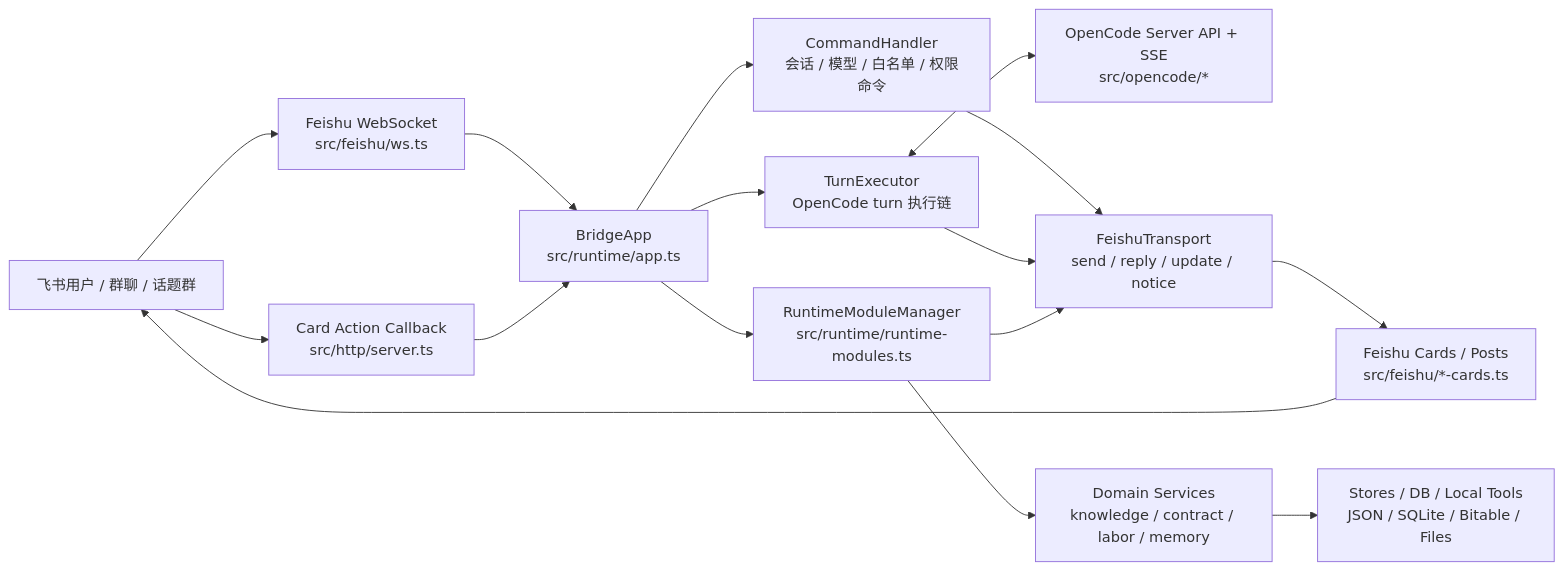
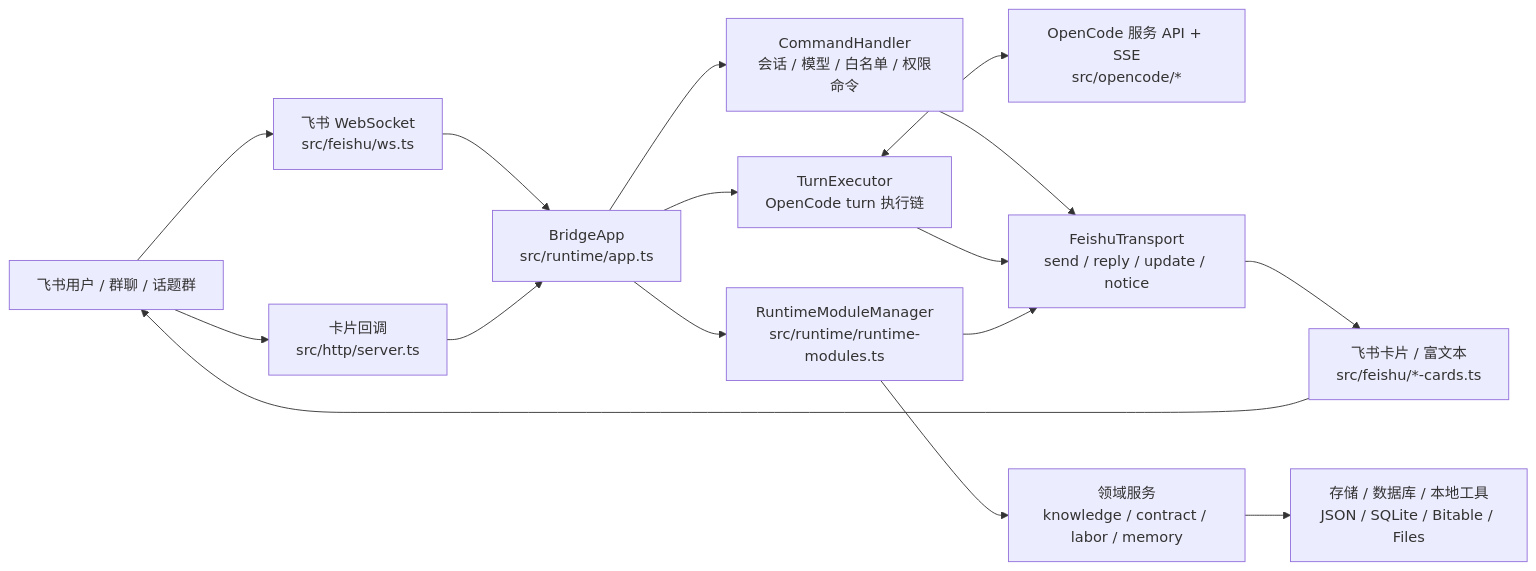
One commit to Clukay-Fun/feishu-opencode-bridge changed the first of 2 diagrams in README.md. Above: the diagram before and after it, drawn with Mermaid. The commit also changed other lines of this file and 3 other files, not shown here.

````diff
--- a/README.md
+++ b/README.md
@@ -57,22 +57,22 @@
 ```mermaid
 flowchart LR
-    user["飞书用户 / 群聊 / 话题群"] --> ws["Feishu WebSocket<br/>src/feishu/ws.ts"]
-    user --> callback["Card Action Callback<br/>src/http/server.ts"]
+    user["飞书用户 / 群聊 / 话题群"] --> ws["飞书 WebSocket<br/>src/feishu/ws.ts"]
+    user --> callback["卡片回调<br/>src/http/server.ts"]
 
     ws --> app["BridgeApp<br/>src/runtime/app.ts"]
     callback --> app
 
     app --> command["CommandHandler<br/>会话 / 模型 / 白名单 / 权限命令"]
     app --> executor["TurnExecutor<br/>OpenCode turn 执行链"]
     app --> modules["RuntimeModuleManager<br/>src/runtime/runtime-modules.ts"]
 
-    executor <--> opencode["OpenCode Server API + SSE<br/>src/opencode/*"]
-    modules --> services["Domain Services<br/>knowledge / contract / labor / memory"]
-    services --> stores["Stores / DB / Local Tools<br/>JSON / SQLite / Bitable / Files"]
+    executor <--> opencode["OpenCode 服务 API + SSE<br/>src/opencode/*"]
+    modules --> services["领域服务<br/>knowledge / contract / labor / memory"]
+    services --> stores["存储 / 数据库 / 本地工具<br/>JSON / SQLite / Bitable / Files"]
 
     command --> transport["FeishuTransport<br/>send / reply / update / notice"]
     executor --> transport
     modules --> transport
-    transport --> cards["Feishu Cards / Posts<br/>src/feishu/*-cards.ts"]
+    transport --> cards["飞书卡片 / 富文本<br/>src/feishu/*-cards.ts"]
     cards --> user
 ```
````
